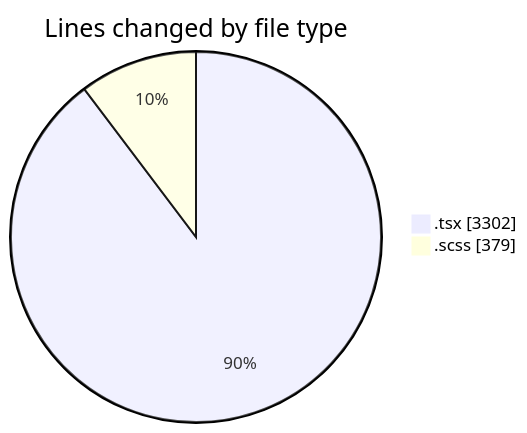
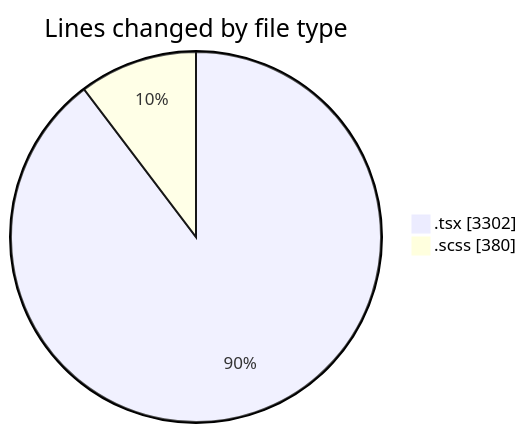
Before and after one commit to momahboobian/code-tracking: the first of 2 diagrams in 2025-09-30/cda/README.md, drawn with Mermaid. The commit also changed other lines of this file and 1 other file, not shown here.

````diff
--- a/2025-09-30/cda/README.md
+++ b/2025-09-30/cda/README.md
@@ -24,6 +24,6 @@
 ```mermaid
 pie showData
 title Lines changed by file type
 ".tsx" : 3302
-".scss" : 379
+".scss" : 380
 ```
````
